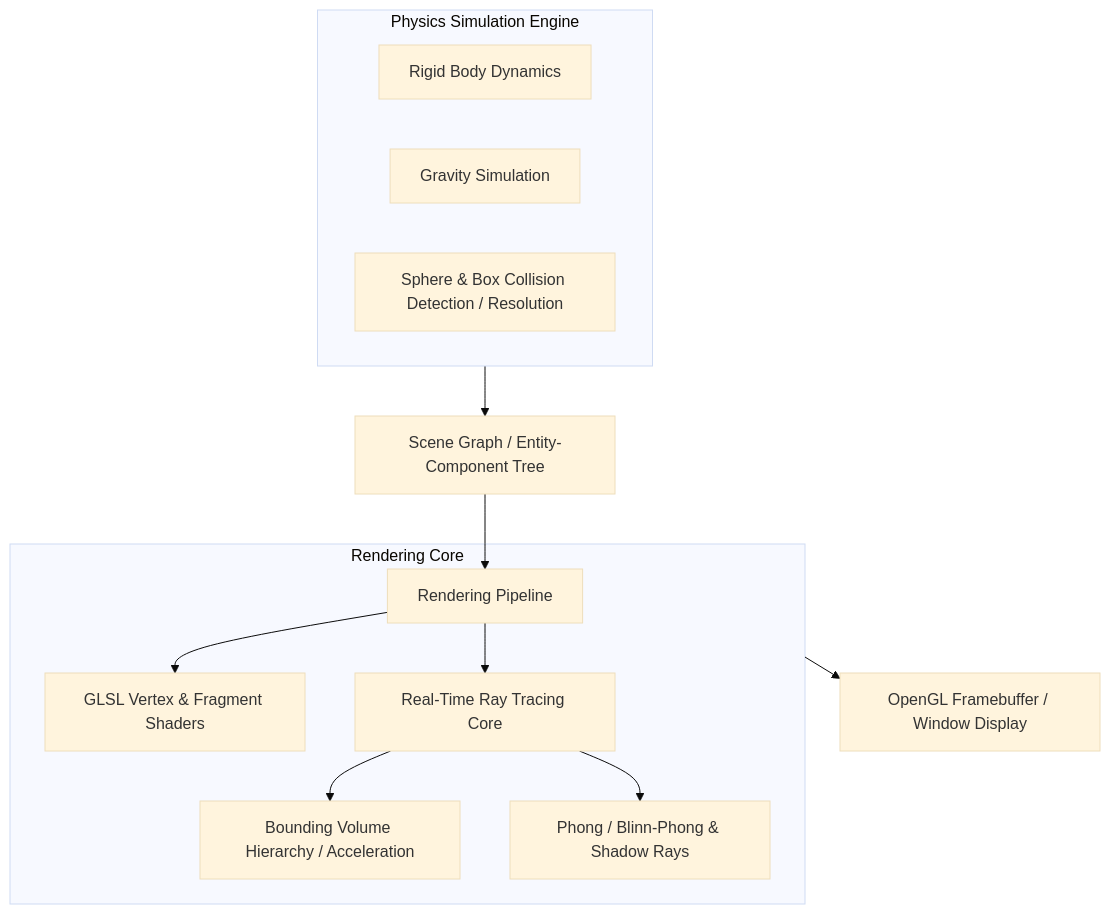
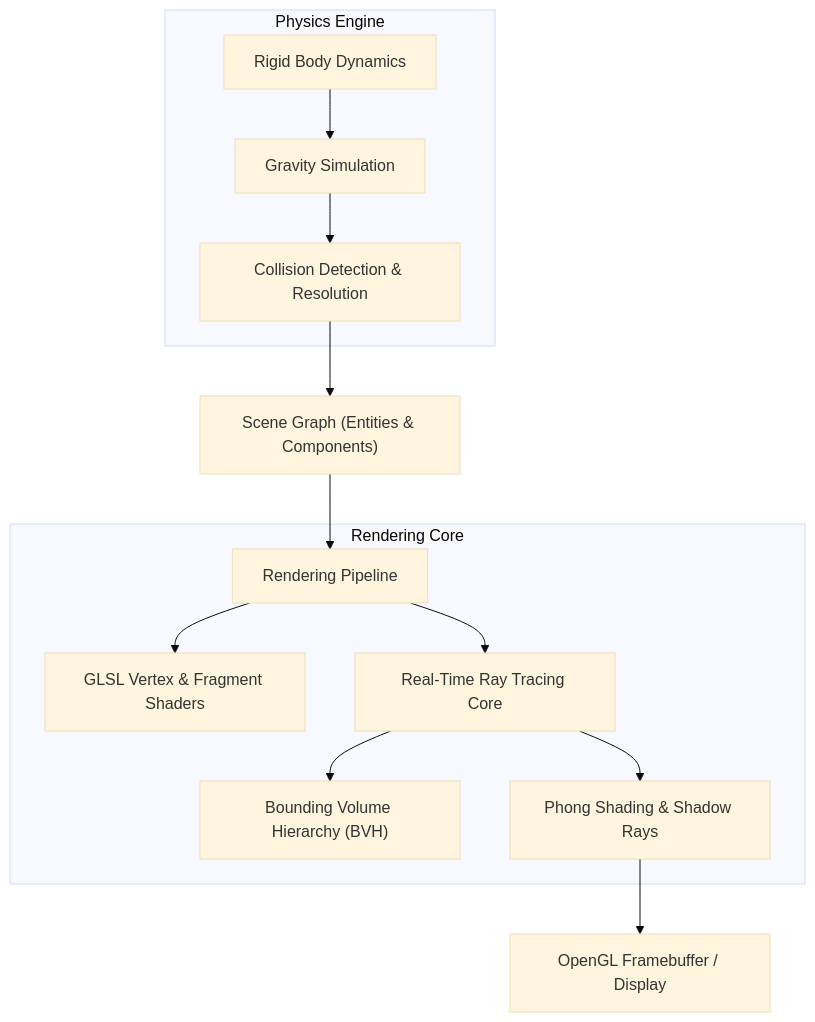
The diagram in content/projects/owl.md (nagarajpoojari404/opennotes), drawn with Mermaid (base theme) before and after one commit. The commit also changed 9 other files, not shown here.

````diff
--- a/content/projects/owl.md
+++ b/content/projects/owl.md
@@ -18,20 +18,21 @@
 ```mermaid
 flowchart TD
-    Scene[Scene Graph / Entity-Component Tree] --> Pipeline[Rendering Pipeline]
+    Scene["Scene Graph (Entities & Components)"] --> Pipeline["Rendering Pipeline"]
     
-    subgraph Graphics [Rendering Core]
-        Pipeline --> Shaders[GLSL Vertex & Fragment Shaders]
-        Pipeline --> RayTracer[Real-Time Ray Tracing Core]
-        RayTracer --> BVH[Bounding Volume Hierarchy / Acceleration]
-        RayTracer --> Light[Phong / Blinn-Phong & Shadow Rays]
+    subgraph Graphics["Rendering Core"]
+        Pipeline --> Shaders["GLSL Vertex & Fragment Shaders"]
+        Pipeline --> RayTracer["Real-Time Ray Tracing Core"]
+        RayTracer --> BVH["Bounding Volume Hierarchy (BVH)"]
+        RayTracer --> Light["Phong Shading & Shadow Rays"]
     end
     
-    subgraph Physics [Physics Simulation Engine]
-        RigidBody[Rigid Body Dynamics]
-        Gravity[Gravity Simulation]
-        Collision[Sphere & Box Collision Detection / Resolution]
+    subgraph Physics["Physics Engine"]
+        RigidBody["Rigid Body Dynamics"]
+        Gravity["Gravity Simulation"]
+        Collision["Collision Detection & Resolution"]
+        RigidBody --> Gravity --> Collision
     end
     
-    Physics --> Scene
-    Graphics --> Framebuffer[OpenGL Framebuffer / Window Display]
+    Collision --> Scene
+    Light --> Framebuffer["OpenGL Framebuffer / Display"]
 ```
````
